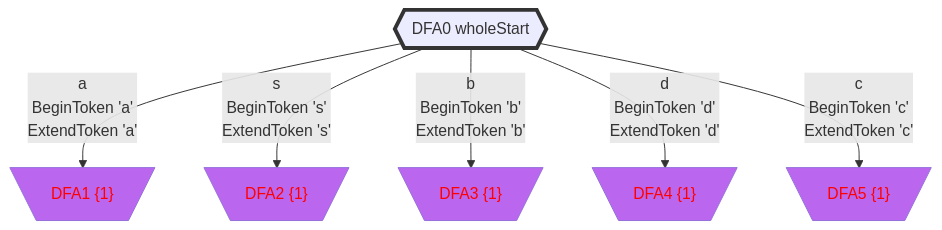
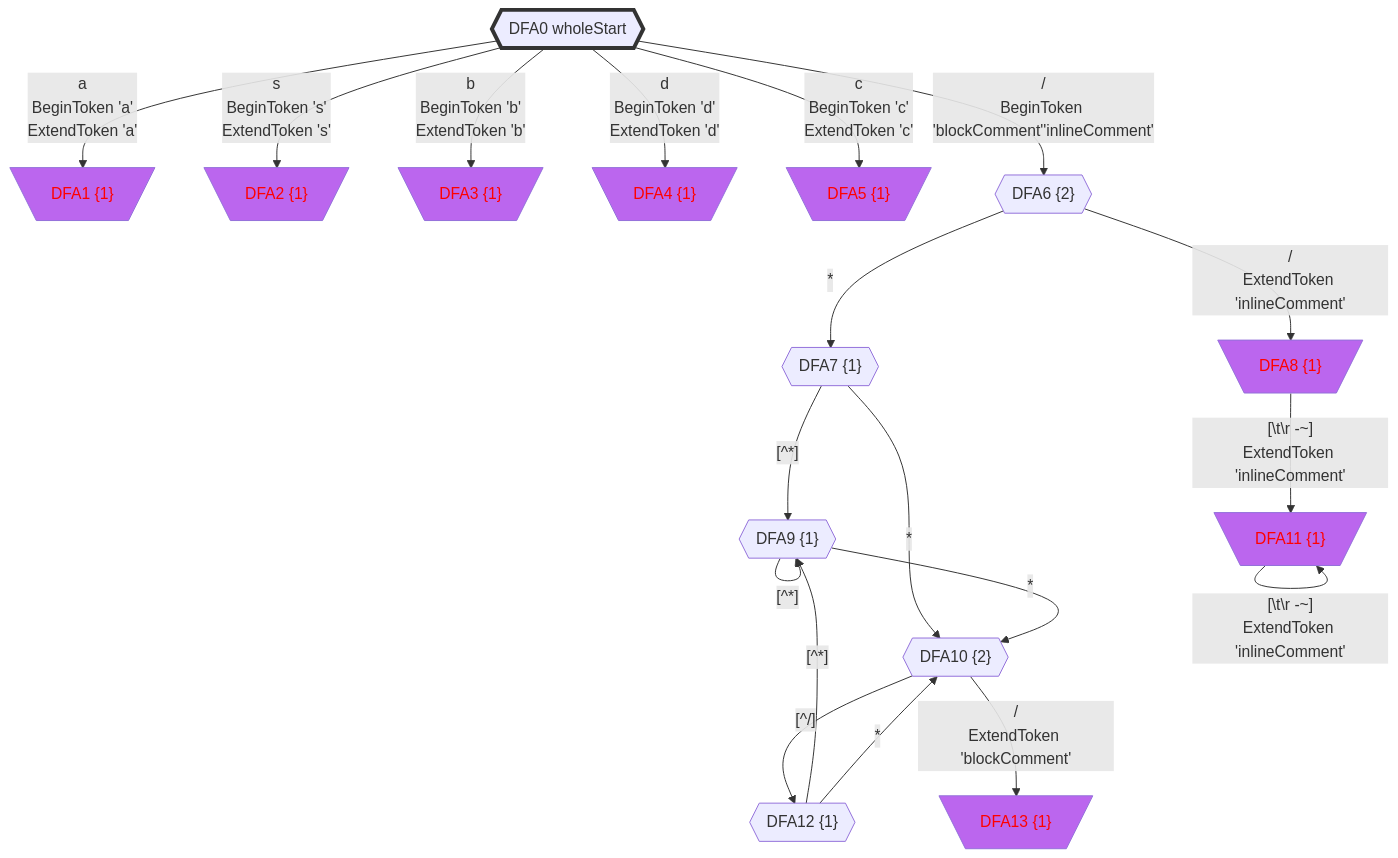
One commit to bitzhuwei/GrammarMentor changed the first of 5 diagrams in Practices/Practice.GeneratedXxxFormat.Test/GeneratedSAB/doc/README-full.gen.md. Above: the diagram before and after it, drawn with Mermaid. The commit also changed other lines of this file and 3868 other files, not shown here.

````diff
--- a/Practices/Practice.GeneratedXxxFormat.Test/GeneratedSAB/doc/README-full.gen.md
+++ b/Practices/Practice.GeneratedXxxFormat.Test/GeneratedSAB/doc/README-full.gen.md
@@ -21,46 +21,75 @@
 ```Mermaid
 flowchart
 classDef c0001 color:#FF0000;
 classDef c0010 stroke-dasharray: 10 10;
 classDef c0011 stroke-dasharray: 10 10,color:#FF0000;
 classDef c0100 fill:#BB66EE;
 classDef c0101 fill:#BB66EE,color:#FF0000;
 classDef c0110 fill:#BB66EE,stroke-dasharray: 10 10;
 classDef c0111 fill:#BB66EE,stroke-dasharray: 10 10,color:#FF0000;
 classDef c1000 stroke:#333,stroke-width:4px;
 classDef c1001 stroke:#333,stroke-width:4px,color:#FF0000;
 classDef c1010 stroke:#333,stroke-width:4px,stroke-dasharray: 10 10;
 classDef c1011 stroke:#333,stroke-width:4px,stroke-dasharray: 10 10,color:#FF0000;
 classDef c1100 stroke:#333,stroke-width:4px,fill:#BB66EE;
 classDef c1101 stroke:#333,stroke-width:4px,fill:#BB66EE,color:#FF0000;
 classDef c1110 stroke:#333,stroke-width:4px,fill:#BB66EE,stroke-dasharray: 10 10;
 classDef c1111 stroke:#333,stroke-width:4px,fill:#BB66EE,stroke-dasharray: 10 10,color:#FF0000;
-DFA0_1923463421{{"DFA0 wholeStart"}}
-class DFA0_1923463421 c1000;
-DFA1_-694928352[\"DFA1 {1}"/]
-class DFA1_-694928352 c0101;
-DFA2_1430363654[\"DFA2 {1}"/]
-class DFA2_1430363654 c0101;
-DFA3_-1559980011[\"DFA3 {1}"/]
-class DFA3_-1559980011 c0101;
-DFA4_1206467762[\"DFA4 {1}"/]
-class DFA4_1206467762 c0101;
-DFA5_-1793880414[\"DFA5 {1}"/]
-class DFA5_-1793880414 c0101;
-DFA0_1923463421 -->|"a
+DFA0_-2011742570{{"DFA0 wholeStart"}}
+class DFA0_-2011742570 c1000;
+DFA1_965118415[\"DFA1 {1}"/]
+class DFA1_965118415 c0101;
+DFA2_-1841752797[\"DFA2 {1}"/]
+class DFA2_-1841752797 c0101;
+DFA3_1913146111[\"DFA3 {1}"/]
+class DFA3_1913146111 c0101;
+DFA4_1623093623[\"DFA4 {1}"/]
+class DFA4_1623093623 c0101;
+DFA5_1525692439[\"DFA5 {1}"/]
+class DFA5_1525692439 c0101;
+DFA6_1862687141{{"DFA6 {2}"}}
+DFA7_1742648909{{"DFA7 {1}"}}
+DFA8_-988443997[\"DFA8 {1}"/]
+class DFA8_-988443997 c0101;
+DFA9_-354726560{{"DFA9 {1}"}}
+DFA10_323920158{{"DFA10 {2}"}}
+DFA11_-378200846[\"DFA11 {1}"/]
+class DFA11_-378200846 c0101;
+DFA12_-1735644823{{"DFA12 {1}"}}
+DFA13_1233218362[\"DFA13 {1}"/]
+class DFA13_1233218362 c0101;
+DFA0_-2011742570 -->|"a
 BeginToken 'a'
-ExtendToken 'a'"|DFA1_-694928352
-DFA0_1923463421 -->|"s
+ExtendToken 'a'"|DFA1_965118415
+DFA0_-2011742570 -->|"s
 BeginToken 's'
-ExtendToken 's'"|DFA2_1430363654
-DFA0_1923463421 -->|"b
+ExtendToken 's'"|DFA2_-1841752797
+DFA0_-2011742570 -->|"b
 BeginToken 'b'
-ExtendToken 'b'"|DFA3_-1559980011
-DFA0_1923463421 -->|"d
+ExtendToken 'b'"|DFA3_1913146111
+DFA0_-2011742570 -->|"d
 BeginToken 'd'
-ExtendToken 'd'"|DFA4_1206467762
-DFA0_1923463421 -->|"c
+ExtendToken 'd'"|DFA4_1623093623
+DFA0_-2011742570 -->|"c
 BeginToken 'c'
-ExtendToken 'c'"|DFA5_-1793880414
+ExtendToken 'c'"|DFA5_1525692439
+DFA0_-2011742570 -->|"/
+BeginToken 'blockComment''inlineComment'"|DFA6_1862687141
+DFA6_1862687141 -->|"*"|DFA7_1742648909
+DFA6_1862687141 -->|"/
+ExtendToken 'inlineComment'"|DFA8_-988443997
+DFA7_1742648909 -->|"[^*]"|DFA9_-354726560
+DFA7_1742648909 -->|"*"|DFA10_323920158
+DFA8_-988443997 -->|"[#92;t#92;r#32;-~]
+ExtendToken 'inlineComment'"|DFA11_-378200846
+DFA9_-354726560 -->|"[^*]"|DFA9_-354726560
+DFA9_-354726560 -->|"*"|DFA10_323920158
+DFA10_323920158 -->|"[^/]"|DFA12_-1735644823
+DFA10_323920158 -->|"/
+ExtendToken 'blockComment'"|DFA13_1233218362
+DFA11_-378200846 -->|"[#92;t#92;r#32;-~]
+ExtendToken 'inlineComment'"|DFA11_-378200846
+DFA12_-1735644823 -->|"[^*]"|DFA9_-354726560
+DFA12_-1735644823 -->|"*"|DFA10_323920158
 
 ```
````
